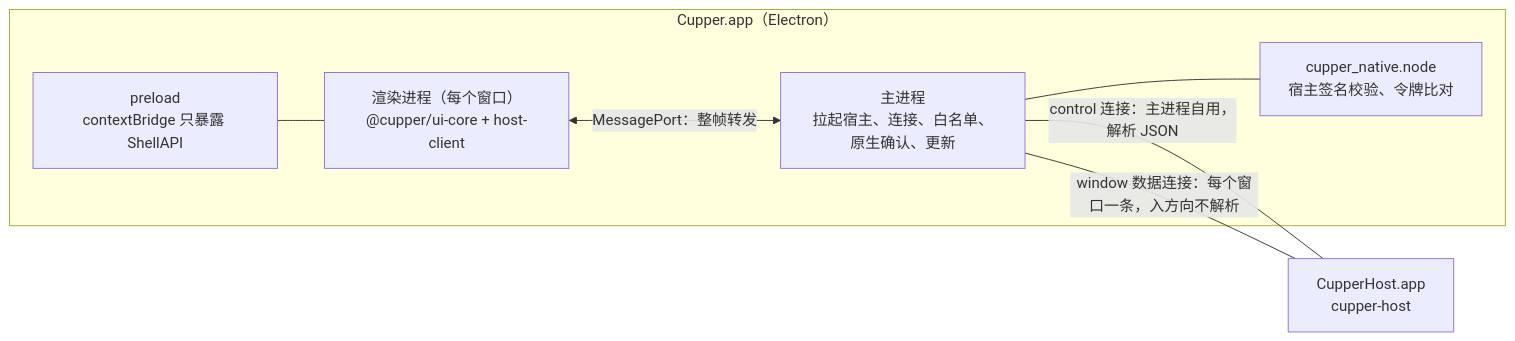
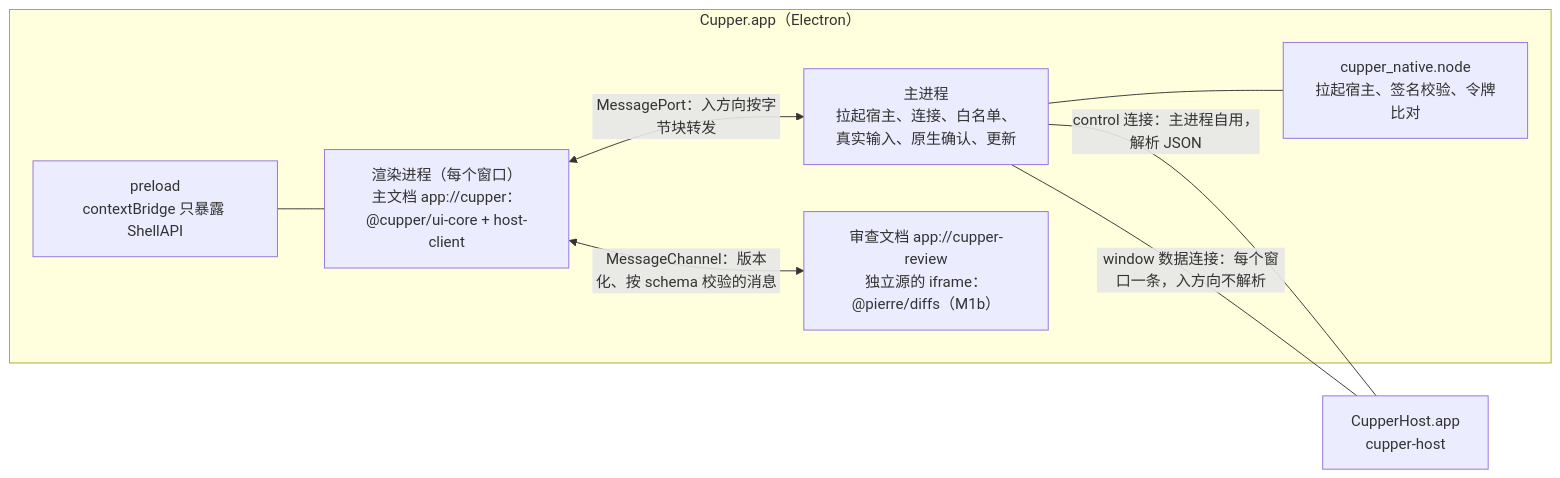
Before and after one commit to boris-w/cupper: the diagram in docs/design/07-desktop.md, drawn with Mermaid. The commit also changed other lines of this file and 2 other files, not shown here.

First line of the commit message:
docs(design): specify desktop contracts, review document and real input

````diff
--- a/docs/design/07-desktop.md
+++ b/docs/design/07-desktop.md
@@ -9,15 +9,17 @@
 ```mermaid
 flowchart LR
   subgraph APP["Cupper.app（Electron）"]
-    MAIN["主进程<br/>拉起宿主、连接、白名单、原生确认、更新"]
-    NAT["cupper_native.node<br/>宿主签名校验、令牌比对"]
+    MAIN["主进程<br/>拉起宿主、连接、白名单、真实输入、原生确认、更新"]
+    NAT["cupper_native.node<br/>拉起宿主、签名校验、令牌比对"]
     PRE["preload<br/>contextBridge 只暴露 ShellAPI"]
-    REN["渲染进程（每个窗口）<br/>@cupper/ui-core + host-client"]
+    REN["渲染进程（每个窗口）<br/>主文档 app://cupper：@cupper/ui-core + host-client"]
+    REV["审查文档 app://cupper-review<br/>独立源的 iframe：@pierre/diffs（M1b）"]
   end
   HOST["CupperHost.app<br/>cupper-host"]
   MAIN ---|"control 连接：主进程自用，解析 JSON"| HOST
   MAIN ---|"window 数据连接：每个窗口一条，入方向不解析"| HOST
   MAIN --- NAT
   PRE --- REN
-  REN <-->|"MessagePort：整帧转发"| MAIN
+  REN <-->|"MessagePort：入方向按字节块转发"| MAIN
+  REN <-->|"MessageChannel：版本化、按 schema 校验的消息"| REV
 ```
````
